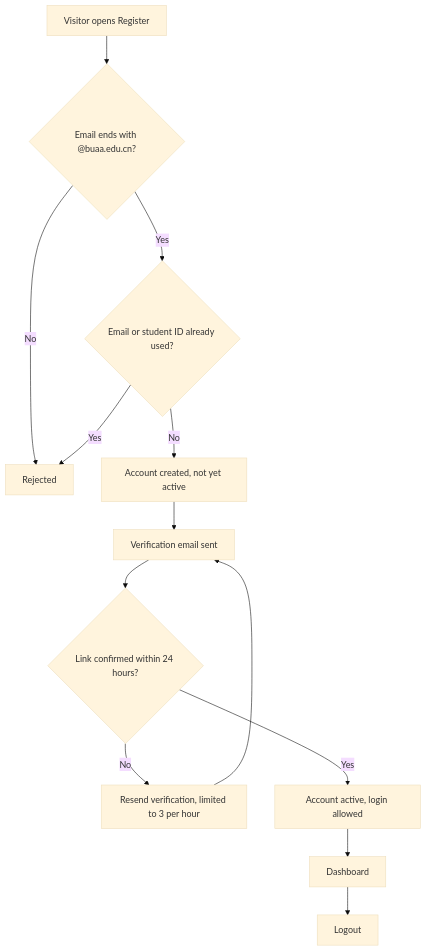
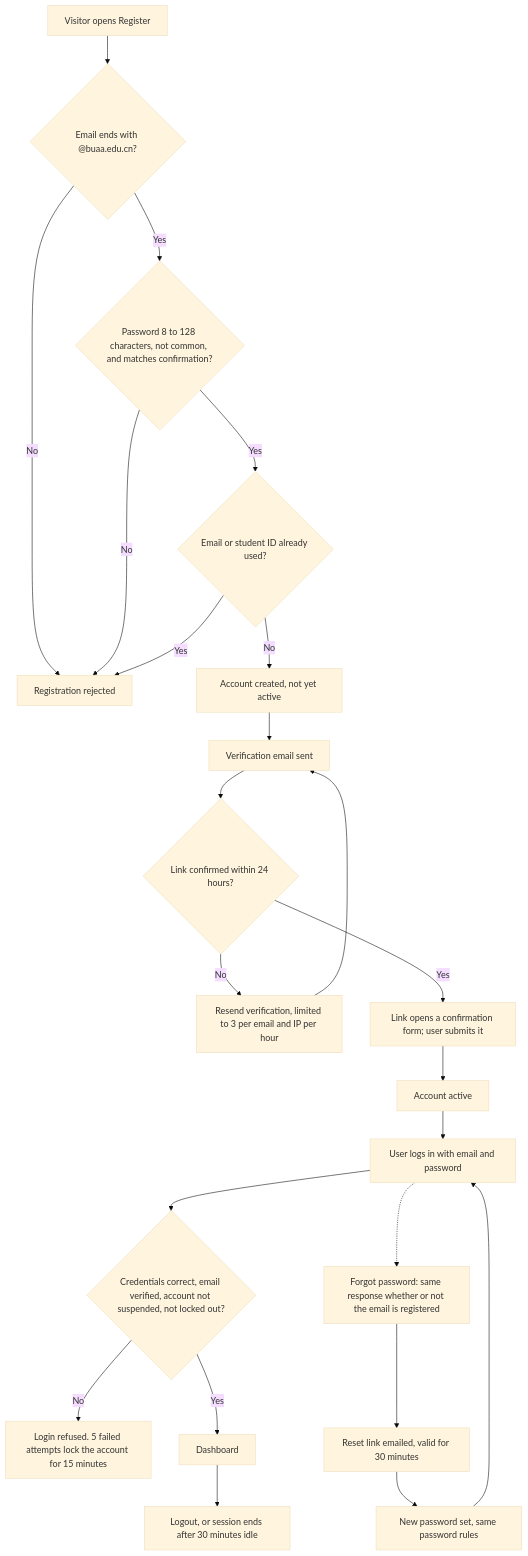
The fourth of 4 diagrams in docs/requirements/SRS.md (bhsei/26F), drawn with Mermaid (base theme) before and after one commit. The commit also changed other lines of this file, not shown here.

Commit message:
W7 - SRS v0.3 for peer review; re-baselined against joe-work, diagrams updated

````diff
--- a/docs/requirements/SRS.md
+++ b/docs/requirements/SRS.md
@@ -436,15 +480,25 @@
 ```mermaid
 flowchart TD
-    A[Visitor opens Register] --> B{Email ends with @buaa.edu.cn?}
-    B -- No --> X[Rejected]
-    B -- Yes --> C{Email or student ID already used?}
+    A[Visitor opens Register] --> B{"Email ends with @buaa.edu.cn?"}
+    B -- No --> X[Registration rejected]
+    B -- Yes --> P{"Password 8 to 128 characters, not common, and matches confirmation?"}
+    P -- No --> X
+    P -- Yes --> C{"Email or student ID already used?"}
     C -- Yes --> X
     C -- No --> D[Account created, not yet active]
     D --> M[Verification email sent]
-    M --> V{Link confirmed within 24 hours?}
-    V -- No --> R[Resend verification, limited to 3 per hour]
+    M --> V{"Link confirmed within 24 hours?"}
+    V -- No --> R["Resend verification, limited to 3 per email and IP per hour"]
     R --> M
-    V -- Yes --> E[Account active, login allowed]
-    E --> F[Dashboard]
-    F --> G[Logout]
+    V -- Yes --> Q["Link opens a confirmation form; user submits it"]
+    Q --> E[Account active]
+    E --> L[User logs in with email and password]
+    L --> K{"Credentials correct, email verified, account not suspended, not locked out?"}
+    K -- No --> Y["Login refused. 5 failed attempts lock the account for 15 minutes"]
+    K -- Yes --> F[Dashboard]
+    F --> G["Logout, or session ends after 30 minutes idle"]
+    L -.-> FP["Forgot password: same response whether or not the email is registered"]
+    FP --> RL["Reset link emailed, valid for 30 minutes"]
+    RL --> NP["New password set, same password rules"]
+    NP --> L
 ```
````
